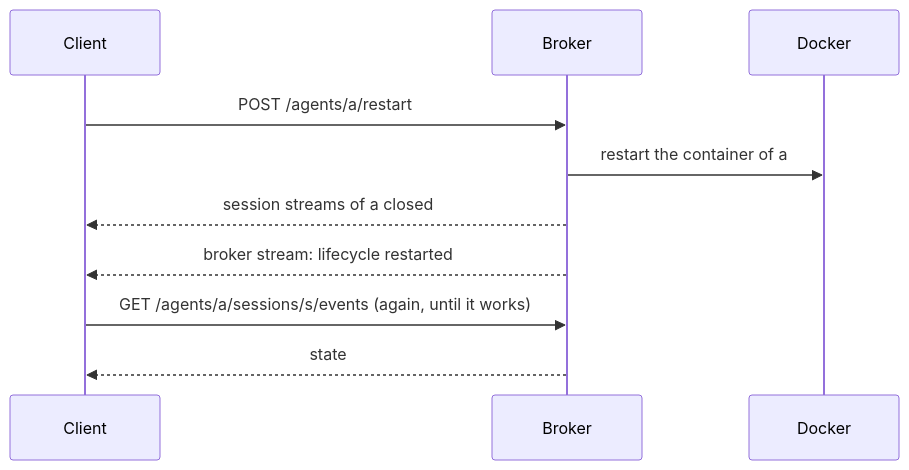
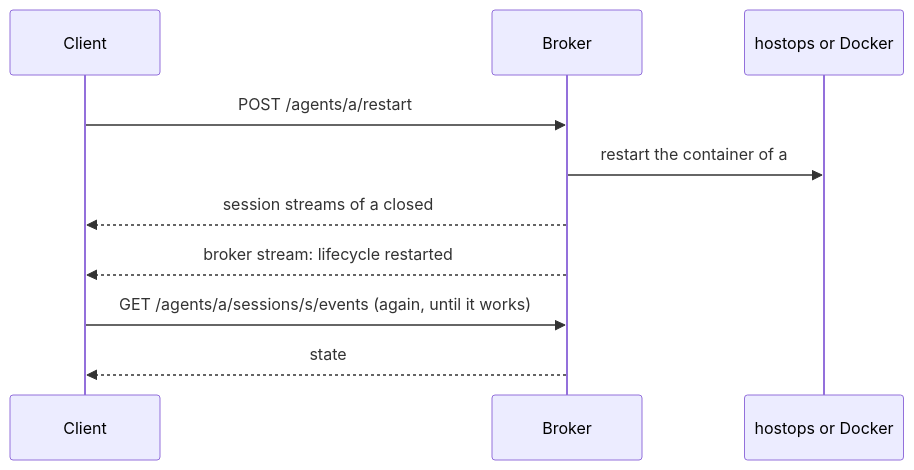
One commit to npstash/gustaw_agent_broker changed the fifth of 5 diagrams in sdd/DESIGN.md. Above: the diagram before and after it, drawn with Mermaid. The commit also changed other lines of this file and 33 other files, not shown here.

First line of the commit message:
Secrets from vaultkeeper, containers through hostops, no Docker exec; read-only rootfs; no vault entries in the project

````diff
--- a/sdd/DESIGN.md
+++ b/sdd/DESIGN.md
@@ -350,12 +376,12 @@
 ```mermaid
 sequenceDiagram
     participant C as Client
     participant B as Broker
-    participant D as Docker
+    participant D as hostops or Docker
     C->>B: POST /agents/a/restart
     B->>D: restart the container of a
     B-->>C: session streams of a closed
     B-->>C: broker stream: lifecycle restarted
     C->>B: GET /agents/a/sessions/s/events (again, until it works)
     B-->>C: state
 ```
````
